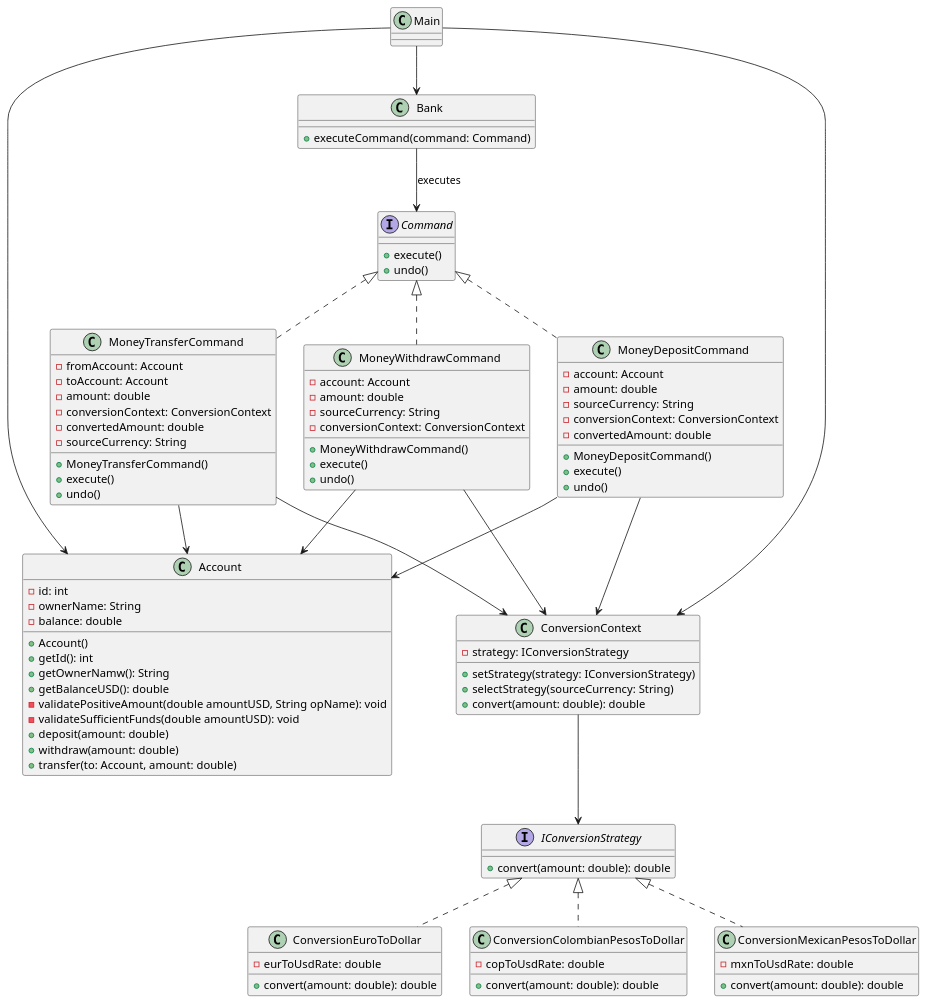
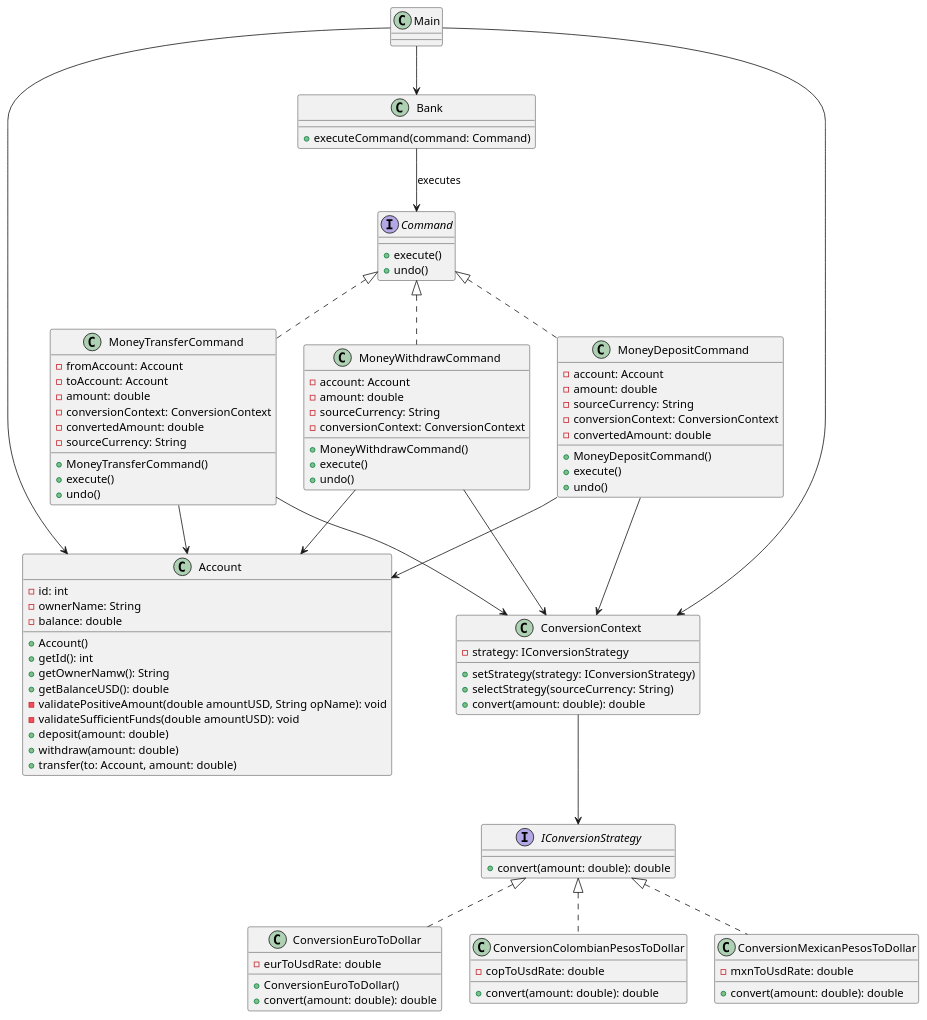
Before and after one commit to Jhon-Cortez/Strategy-Command: the diagram in DiagramaClases.wsd, drawn with PlantUML.

Commit message:
Metodos de la clase ConversionEuroToDollar

```diff
--- a/DiagramaClases.wsd
+++ b/DiagramaClases.wsd
@@ -1,122 +1,123 @@
 @startuml
 
 ' ===== INTERFACES =====
 interface Command {
     +execute()
     +undo()
 }
 
 interface IConversionStrategy {
     +convert(amount: double): double
 }
 
 ' ===== CORE =====
 class Account {
     -id: int
     -ownerName: String 
     -balance: double
     +Account()
     +getId(): int
     +getOwnerNamw(): String
     +getBalanceUSD(): double
     -validatePositiveAmount(double amountUSD, String opName): void
     -validateSufficientFunds(double amountUSD): void
     +deposit(amount: double)
     +withdraw(amount: double)
     +transfer(to: Account, amount: double)
 }
 
 class Bank {
     +executeCommand(command: Command)
 }
 
 class Main
 
 ' ===== COMMANDS =====
 class MoneyDepositCommand {
     -account: Account
     -amount: double
     -sourceCurrency: String
     -conversionContext: ConversionContext
     -convertedAmount: double
     +MoneyDepositCommand()
     +execute()
     +undo()
     ' -convert(): double
 }
 
 class MoneyWithdrawCommand {
     -account: Account
     -amount: double
     -sourceCurrency: String
     -conversionContext: ConversionContext
     +MoneyWithdrawCommand()
     +execute()
     +undo()
 }
 
 class MoneyTransferCommand {
     -fromAccount: Account
     -toAccount: Account
     -amount: double
     -conversionContext: ConversionContext
     -convertedAmount: double
     -sourceCurrency: String
     +MoneyTransferCommand()
     +execute()
     +undo()
 }
 
 ' ===== STRATEGY CONTEXT =====
 class ConversionContext {
     -strategy: IConversionStrategy
     +setStrategy(strategy: IConversionStrategy)
     +selectStrategy(sourceCurrency: String)
     +convert(amount: double): double
 }
 
 ' ===== STRATEGIES =====
 class ConversionEuroToDollar {
     -eurToUsdRate: double
+    +ConversionEuroToDollar()
     +convert(amount: double): double
 }
 
 class ConversionColombianPesosToDollar {
     -copToUsdRate: double
     +convert(amount: double): double
 }
 
 class ConversionMexicanPesosToDollar {
     -mxnToUsdRate: double
     +convert(amount: double): double
 }
 
 ' ===== RELATIONSHIPS =====
 
 ' Command pattern
 Command <|.. MoneyDepositCommand
 Command <|.. MoneyWithdrawCommand
 Command <|.. MoneyTransferCommand
 Bank --> Command : executes
 
 ' Account usage
 MoneyDepositCommand --> Account
 MoneyWithdrawCommand --> Account
 MoneyTransferCommand --> Account
 
 ' Strategy pattern
 IConversionStrategy <|.. ConversionEuroToDollar
 IConversionStrategy <|.. ConversionColombianPesosToDollar
 IConversionStrategy <|.. ConversionMexicanPesosToDollar
 
 ConversionContext --> IConversionStrategy
 MoneyDepositCommand --> ConversionContext
 MoneyWithdrawCommand --> ConversionContext
 MoneyTransferCommand --> ConversionContext
 
 ' Main usage
 Main --> Bank
 Main --> Account
 Main --> ConversionContext
 
 @enduml
```
